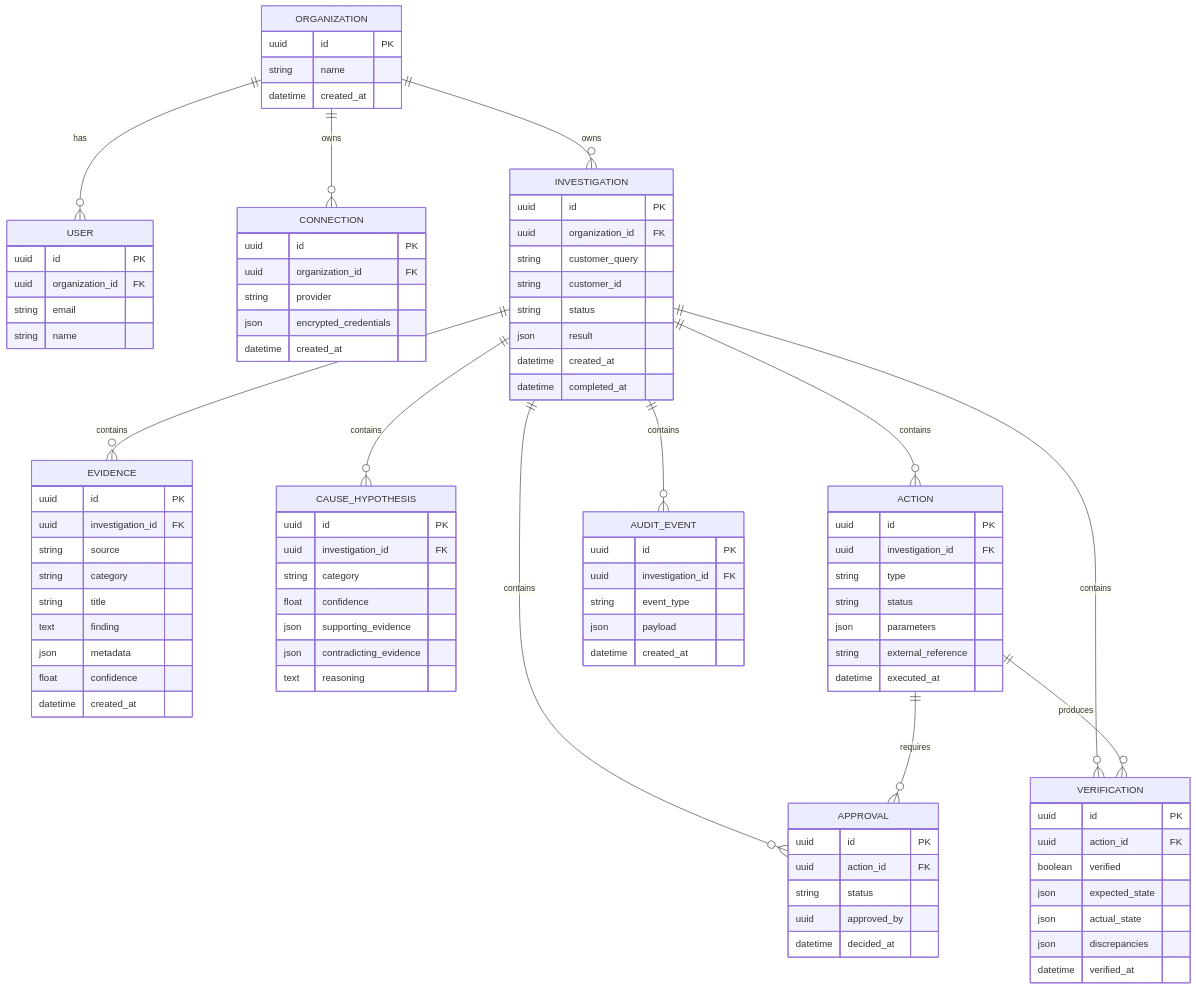
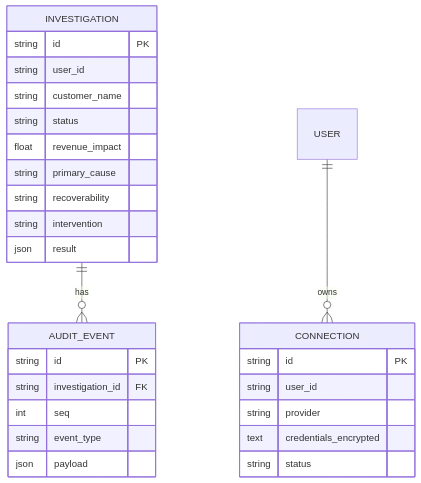
The third of 3 diagrams in LLD.md (Akshun-01/revive), drawn with Mermaid before and after one commit. The commit also changed other lines of this file and 7 other files, not shown here.

````diff
--- a/LLD.md
+++ b/LLD.md
@@ -1005,107 +506,30 @@
 ```mermaid
 erDiagram
-    ORGANIZATION ||--o{ USER : has
-    ORGANIZATION ||--o{ CONNECTION : owns
-
-    ORGANIZATION ||--o{ INVESTIGATION : owns
-
-    INVESTIGATION ||--o{ EVIDENCE : contains
-    INVESTIGATION ||--o{ CAUSE_HYPOTHESIS : contains
-    INVESTIGATION ||--o{ ACTION : contains
-    INVESTIGATION ||--o{ APPROVAL : contains
-    INVESTIGATION ||--o{ VERIFICATION : contains
-    INVESTIGATION ||--o{ AUDIT_EVENT : contains
-
-    ACTION ||--o{ APPROVAL : requires
-    ACTION ||--o{ VERIFICATION : produces
-
-    ORGANIZATION {
-        uuid id PK
-        string name
-        datetime created_at
+    INVESTIGATION ||--o{ AUDIT_EVENT : has
+    USER ||--o{ CONNECTION : owns
+    INVESTIGATION {
+        string id PK
+        string user_id
+        string customer_name
+        string status
+        float revenue_impact
+        string primary_cause
+        string recoverability
+        string intervention
+        json result
     }
-
-    USER {
-        uuid id PK
-        uuid organization_id FK
-        string email
-        string name
-    }
-
-    CONNECTION {
-        uuid id PK
-        uuid organization_id FK
-        string provider
-        json encrypted_credentials
-        datetime created_at
-    }
-
-    INVESTIGATION {
-        uuid id PK
-        uuid organization_id FK
-        string customer_query
-        string customer_id
-        string status
-        json result
-        datetime created_at
-        datetime completed_at
-    }
-
-    EVIDENCE {
-        uuid id PK
-        uuid investigation_id FK
-        string source
-        string category
-        string title
-        text finding
-        json metadata
-        float confidence
-        datetime created_at
-    }
-
-    CAUSE_HYPOTHESIS {
-        uuid id PK
-        uuid investigation_id FK
-        string category
-        float confidence
-        json supporting_evidence
-        json contradicting_evidence
-        text reasoning
-    }
-
-    ACTION {
-        uuid id PK
-        uuid investigation_id FK
-        string type
-        string status
-        json parameters
-        string external_reference
-        datetime executed_at
-    }
-
-    APPROVAL {
-        uuid id PK
-        uuid action_id FK
-        string status
-        uuid approved_by
-        datetime decided_at
-    }
-
-    VERIFICATION {
-        uuid id PK
-        uuid action_id FK
-        boolean verified
-        json expected_state
-        json actual_state
-        json discrepancies
-        datetime verified_at
-    }
-
     AUDIT_EVENT {
-        uuid id PK
-        uuid investigation_id FK
+        string id PK
+        string investigation_id FK
+        int seq
         string event_type
         json payload
-        datetime created_at
+    }
+    CONNECTION {
+        string id PK
+        string user_id
+        string provider
+        text credentials_encrypted
+        string status
     }
 ```
````
